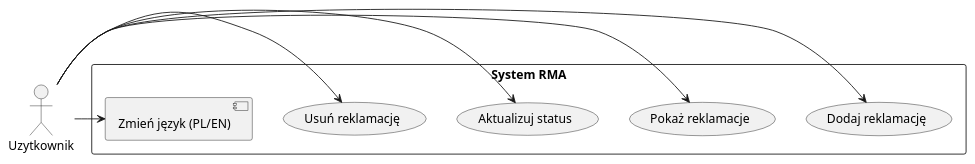
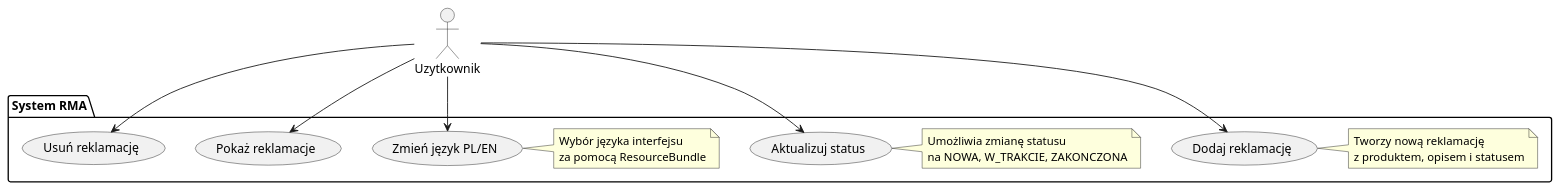
The diagram in docs/uml/usecase-diagram.puml (GilgameszOwsianka/rma-system), drawn with PlantUML before and after one commit. The commit also changed 3 other files, not shown here.

```diff
--- a/docs/uml/usecase-diagram.puml
+++ b/docs/uml/usecase-diagram.puml
@@ -1,11 +1,32 @@
 @startuml
 actor Uzytkownik
 
-rectangle "System RMA" {
-    Uzytkownik -> (Dodaj reklamację)
-    Uzytkownik -> (Pokaż reklamacje)
-    Uzytkownik -> (Aktualizuj status)
-    Uzytkownik -> (Usuń reklamację)
-    Uzytkownik -> [Zmień język (PL/EN)]
+package "System RMA" {
+    usecase UC1 as "Dodaj reklamację"
+    usecase UC2 as "Pokaż reklamacje"
+    usecase UC3 as "Aktualizuj status"
+    usecase UC4 as "Usuń reklamację"
+    usecase UC5 as "Zmień język PL/EN"
+
+    Uzytkownik --> UC1
+    Uzytkownik --> UC2
+    Uzytkownik --> UC3
+    Uzytkownik --> UC4
+    Uzytkownik --> UC5
+
+    note right of UC1
+      Tworzy nową reklamację
+      z produktem, opisem i statusem
+    end note
+
+    note right of UC3
+      Umożliwia zmianę statusu
+      na NOWA, W_TRAKCIE, ZAKONCZONA
+    end note
+
+    note right of UC5
+      Wybór języka interfejsu
+      za pomocą ResourceBundle
+    end note
 }
 @enduml
```
